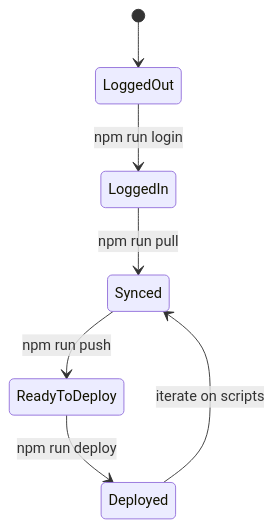
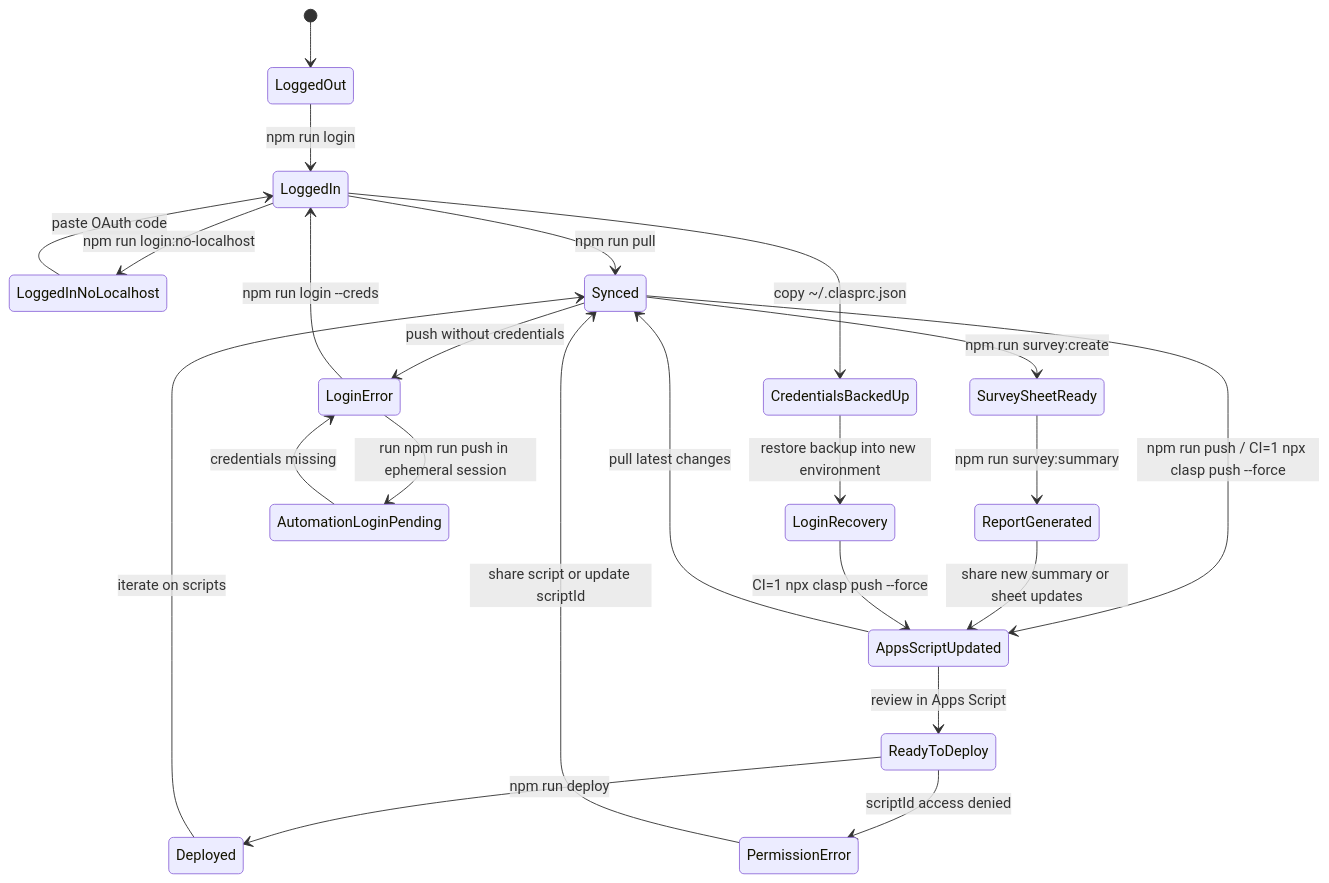
Before and after one commit to muyueh/hello-claps: the second of 5 diagrams in README.md, drawn with Mermaid. The commit also changed other lines of this file and 5 other files, not shown here.

Commit message:
feat: automate survey sheet reporting

````diff
--- a/README.md
+++ b/README.md
@@ -11,9 +24,25 @@
 ```mermaid
 stateDiagram-v2
   [*] --> LoggedOut
   LoggedOut --> LoggedIn: npm run login
+  LoggedIn --> LoggedInNoLocalhost: npm run login:no-localhost
+  LoggedInNoLocalhost --> LoggedIn: paste OAuth code
   LoggedIn --> Synced: npm run pull
-  Synced --> ReadyToDeploy: npm run push
+  Synced --> AppsScriptUpdated: npm run push / CI=1 npx clasp push --force
+  AppsScriptUpdated --> ReadyToDeploy: review in Apps Script
   ReadyToDeploy --> Deployed: npm run deploy
   Deployed --> Synced: iterate on scripts
+  AppsScriptUpdated --> Synced: pull latest changes
+  Synced --> LoginError: push without credentials
+  Synced --> SurveySheetReady: npm run survey:create
+  SurveySheetReady --> ReportGenerated: npm run survey:summary
+  ReportGenerated --> AppsScriptUpdated: share new summary or sheet updates
+  LoginError --> AutomationLoginPending: run npm run push in ephemeral session
+  AutomationLoginPending --> LoginError: credentials missing
+  LoginError --> LoggedIn: npm run login --creds <file>
+  LoggedIn --> CredentialsBackedUp: copy ~/.clasprc.json
+  CredentialsBackedUp --> LoginRecovery: restore backup into new environment
+  LoginRecovery --> AppsScriptUpdated: CI=1 npx clasp push --force
+  ReadyToDeploy --> PermissionError: scriptId access denied
+  PermissionError --> Synced: share script or update scriptId
 ```
````
